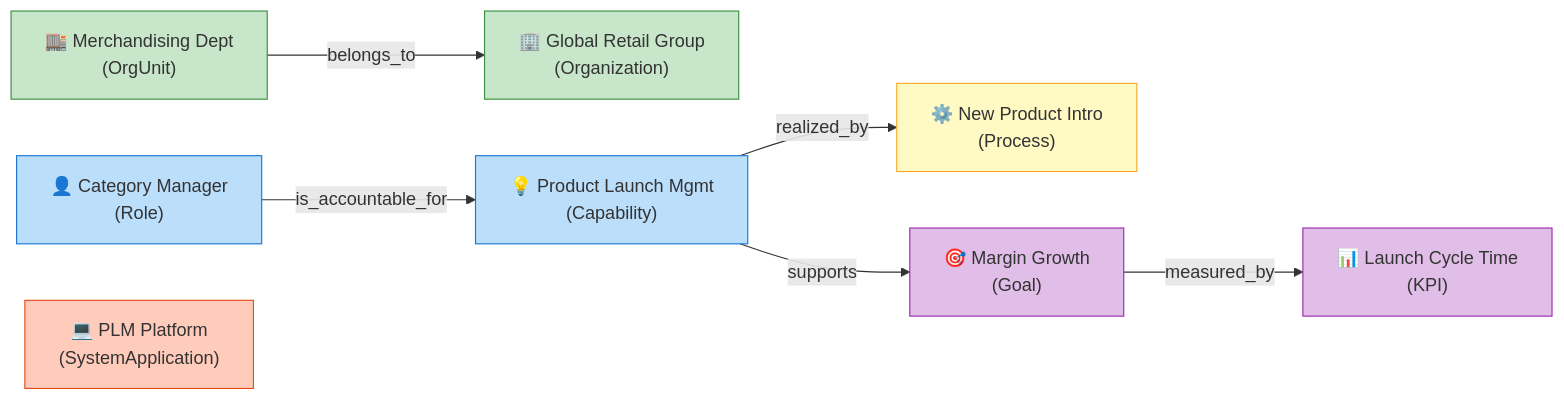
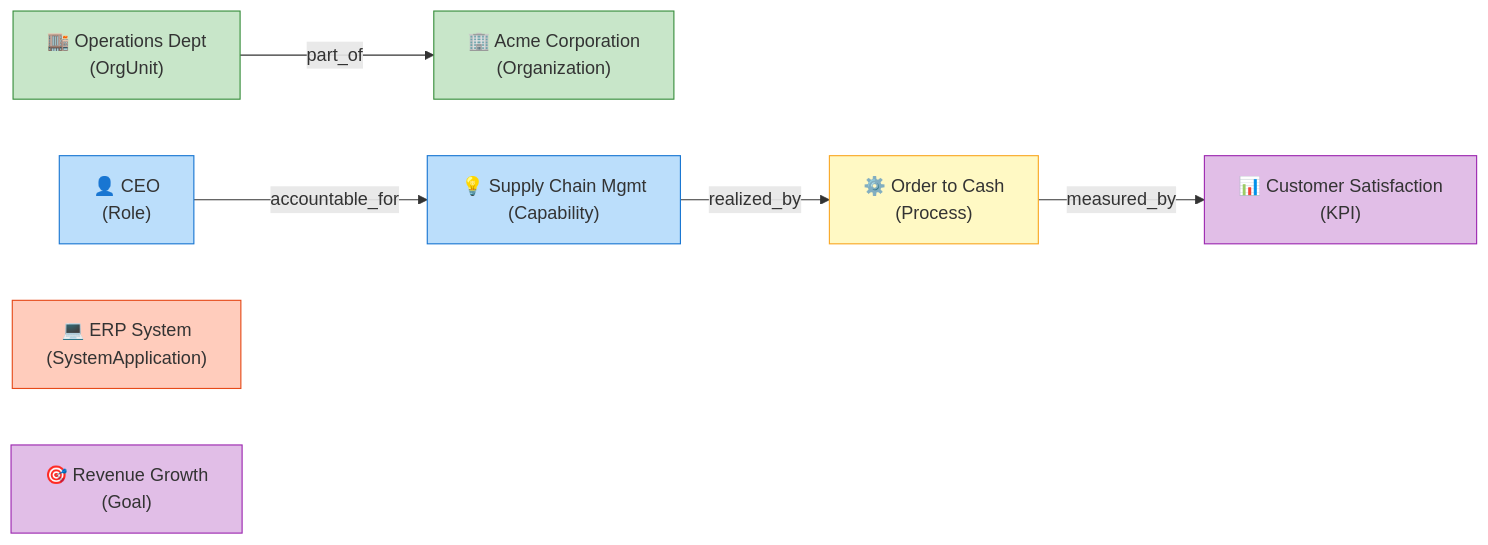
The diagram in docs-site/core/instances.md (ramphias/universal-ontology-definition), drawn with Mermaid before and after one commit. The commit also changed other lines of this file and 20 other files, not shown here.

````diff
--- a/docs-site/core/instances.md
+++ b/docs-site/core/instances.md
@@ -22,26 +22,25 @@
 ```mermaid
 graph LR
-    ORG["🏢 Global Retail Group<br/>(Organization)"]
-    OU["🏬 Merchandising Dept<br/>(OrgUnit)"]
-    ROLE["👤 Category Manager<br/>(Role)"]
-    CAP["💡 Product Launch Mgmt<br/>(Capability)"]
-    PROC["⚙️ New Product Intro<br/>(Process)"]
-    SYS["💻 PLM Platform<br/>(SystemApplication)"]
-    GOAL["🎯 Margin Growth<br/>(Goal)"]
-    KPI["📊 Launch Cycle Time<br/>(KPI)"]
+    ORG["🏢 Acme Corporation<br/>(Organization)"]
+    OU["🏬 Operations Dept<br/>(OrgUnit)"]
+    ROLE["👤 CEO<br/>(Role)"]
+    CAP["💡 Supply Chain Mgmt<br/>(Capability)"]
+    PROC["⚙️ Order to Cash<br/>(Process)"]
+    SYS["💻 ERP System<br/>(SystemApplication)"]
+    GOAL["🎯 Revenue Growth<br/>(Goal)"]
+    KPI["📊 Customer Satisfaction<br/>(KPI)"]
     
-    OU -->|belongs_to| ORG
-    ROLE -->|is_accountable_for| CAP
+    OU -->|part_of| ORG
+    ROLE -->|accountable_for| CAP
     CAP -->|realized_by| PROC
-    CAP -->|supports| GOAL
-    GOAL -->|measured_by| KPI
+    PROC -->|measured_by| KPI
     
     style ORG fill:#c8e6c9,stroke:#388e3c
     style OU fill:#c8e6c9,stroke:#388e3c
     style ROLE fill:#bbdefb,stroke:#1976d2
     style CAP fill:#bbdefb,stroke:#1976d2
     style PROC fill:#fff9c4,stroke:#f9a825
     style SYS fill:#ffccbc,stroke:#e64a19
     style GOAL fill:#e1bee7,stroke:#9c27b0
     style KPI fill:#e1bee7,stroke:#9c27b0
 ```
````
